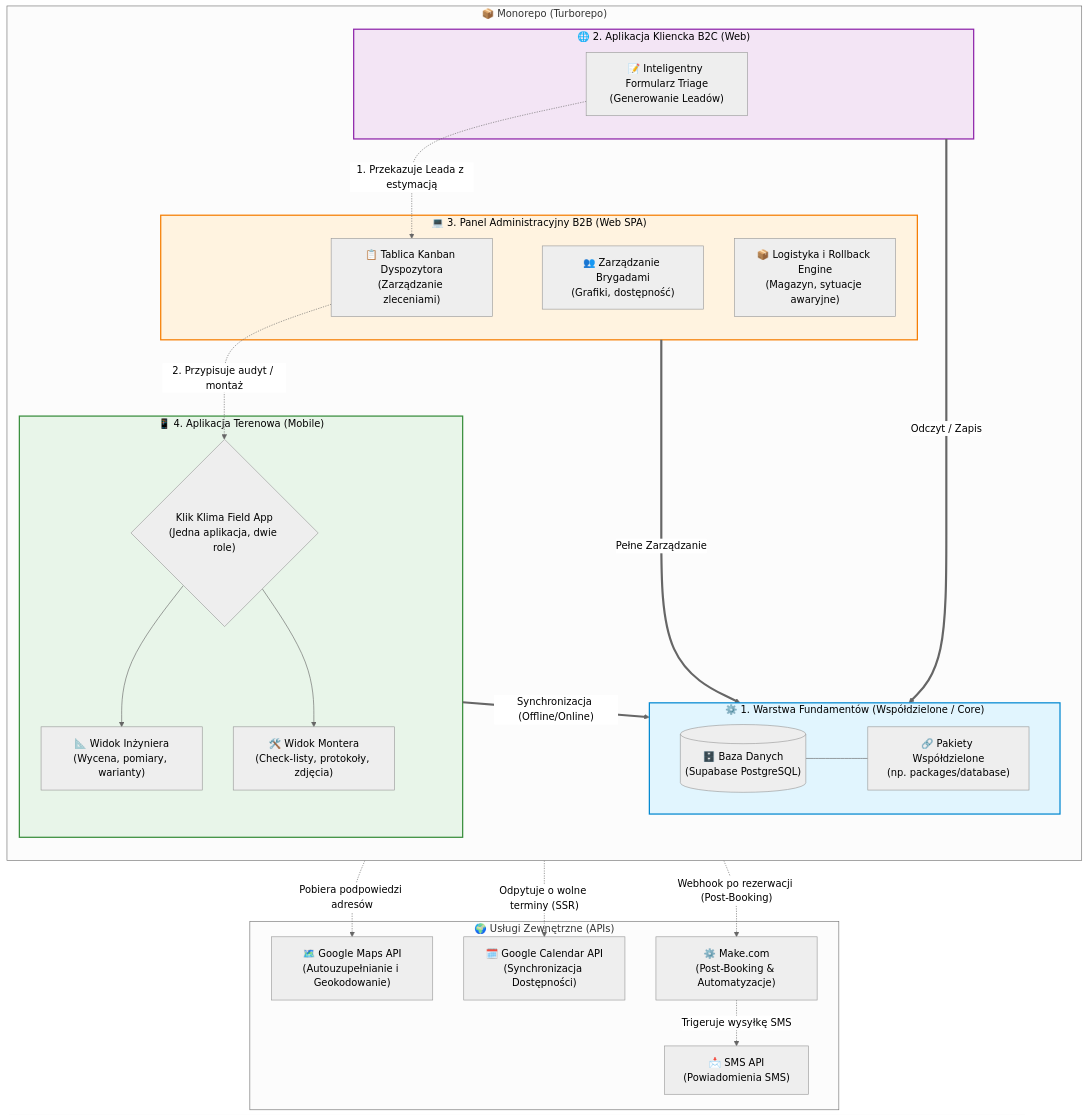
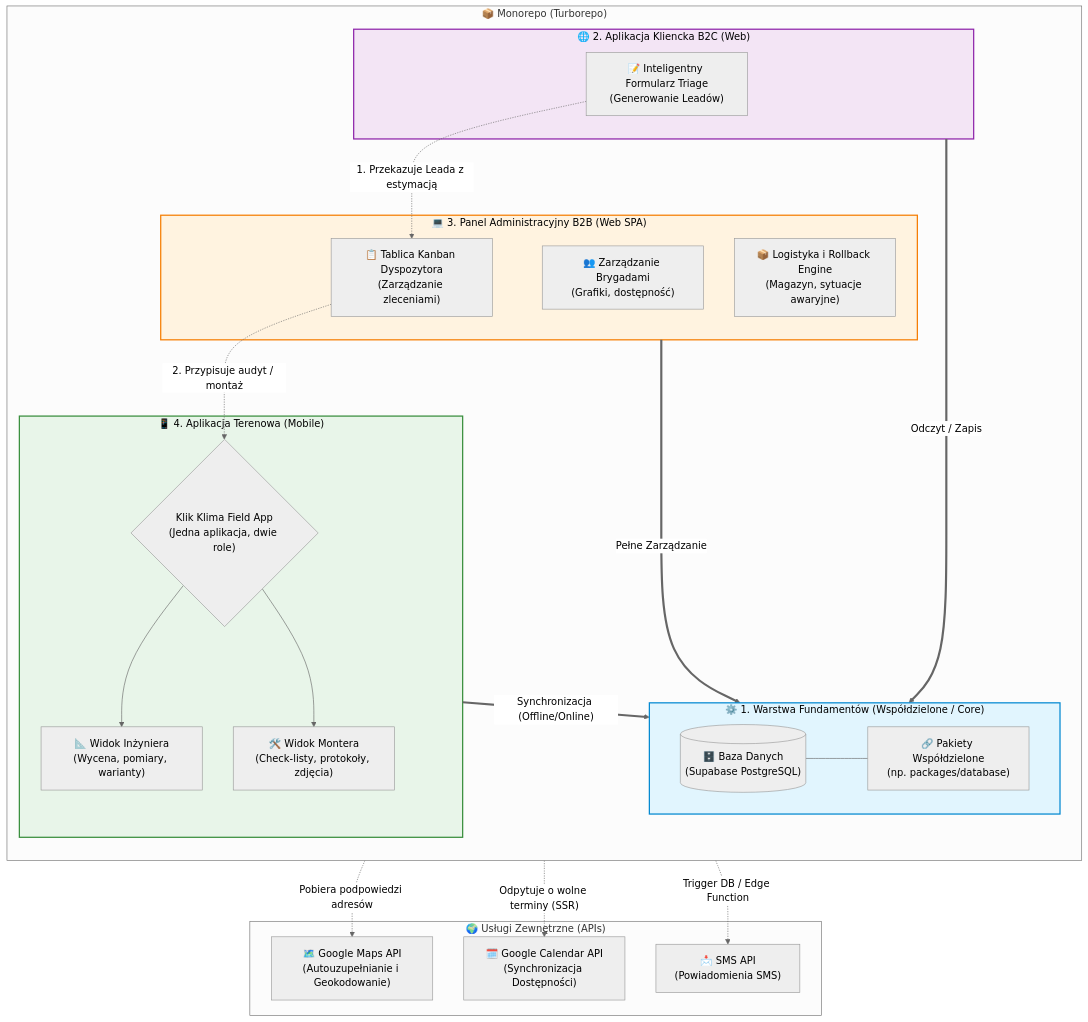
One commit to aiprojectmanagersznurowski-afk/klikklima-system changed the first of 2 diagrams in turborepo/docs/architecture/system_architecture.md. Above: the diagram before and after it, drawn with Mermaid (neutral theme). The commit also changed other lines of this file and 1 other file, not shown here.

Commit message:
docs: remove Make.com integration in favor of Supabase Database Triggers

````diff
--- a/turborepo/docs/architecture/system_architecture.md
+++ b/turborepo/docs/architecture/system_architecture.md
@@ -9,64 +9,62 @@
 ```mermaid
 flowchart TB
     subgraph Monorepo["📦 Monorepo (Turborepo)"]
         direction TB
 
         subgraph Core["⚙️ 1. Warstwa Fundamentów (Współdzielone / Core)"]
             direction LR
             DB[("🗄️ Baza Danych\n(Supabase PostgreSQL)")]
             E2E["🔗 Pakiety Współdzielone\n(np. packages/database)"]
             DB --- E2E
         end
 
         subgraph B2C["🌐 2. Aplikacja Kliencka B2C (Web)"]
             Triage["📝 Inteligentny Formularz Triage\n(Generowanie Leadów)"]
         end
 
         subgraph B2B["💻 3. Panel Administracyjny B2B (Web SPA)"]
             Kanban["📋 Tablica Kanban Dyspozytora\n(Zarządzanie zleceniami)"]
             Crew["👥 Zarządzanie Brygadami\n(Grafiki, dostępność)"]
             Rollback["📦 Logistyka i Rollback Engine\n(Magazyn, sytuacje awaryjne)"]
         end
 
         subgraph Mobile["📱 4. Aplikacja Terenowa (Mobile)"]
             FieldApp{"Klik Klima Field App\n(Jedna aplikacja, dwie role)"}
             Eng["📐 Widok Inżyniera\n(Wycena, pomiary, warianty)"]
             Inst["🛠️ Widok Montera\n(Check-listy, protokoły, zdjęcia)"]
             
             FieldApp --> Eng
             FieldApp --> Inst
         end
 
         %% Relacje dostępu do bazy
         B2C == Odczyt / Zapis ==> Core
         B2B == Pełne Zarządzanie ==> Core
         Mobile == Synchronizacja (Offline/Online) ==> Core
 
         %% Przykładowy przepływ biznesowy (przerywane linie)
         Triage -. "1. Przekazuje Leada z estymacją" .-> Kanban
         Kanban -. "2. Przypisuje audyt / montaż" .-> FieldApp
     end
 
     subgraph External["🌍 Usługi Zewnętrzne (APIs)"]
         GoogleMaps["🗺️ Google Maps API\n(Autouzupełnianie i Geokodowanie)"]
         GoogleCal["🗓️ Google Calendar API\n(Synchronizacja Dostępności)"]
-        MakeCom["⚙️ Make.com\n(Post-Booking & Automatyzacje)"]
         SMSApi["📩 SMS API\n(Powiadomienia SMS)"]
     end
 
     %% Relacje z zewnątrz
     B2C -. "Pobiera podpowiedzi adresów" .-> GoogleMaps
     B2C -. "Odpytuje o wolne terminy (SSR)" .-> GoogleCal
-    Core -. "Webhook po rezerwacji (Post-Booking)" .-> MakeCom
-    MakeCom -. "Trigeruje wysyłkę SMS" .-> SMSApi
+    Core -. "Trigger DB / Edge Function" .-> SMSApi
 
     classDef core fill:#e1f5fe,stroke:#0288d1,stroke-width:2px,color:#000;
     classDef web fill:#f3e5f5,stroke:#8e24aa,stroke-width:2px,color:#000;
     classDef admin fill:#fff3e0,stroke:#f57c00,stroke-width:2px,color:#000;
     classDef mobile fill:#e8f5e9,stroke:#388e3c,stroke-width:2px,color:#000;
 
     class Core core;
     class B2C web;
     class B2B admin;
     class Mobile mobile;
 ```
````
